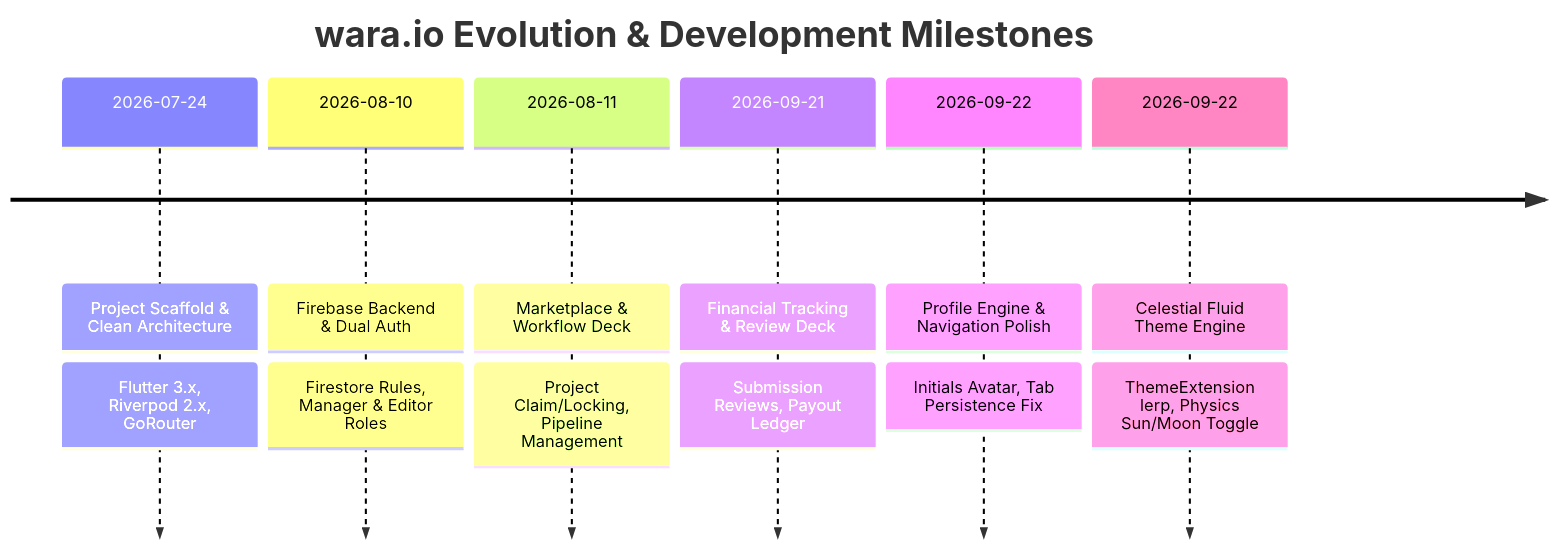
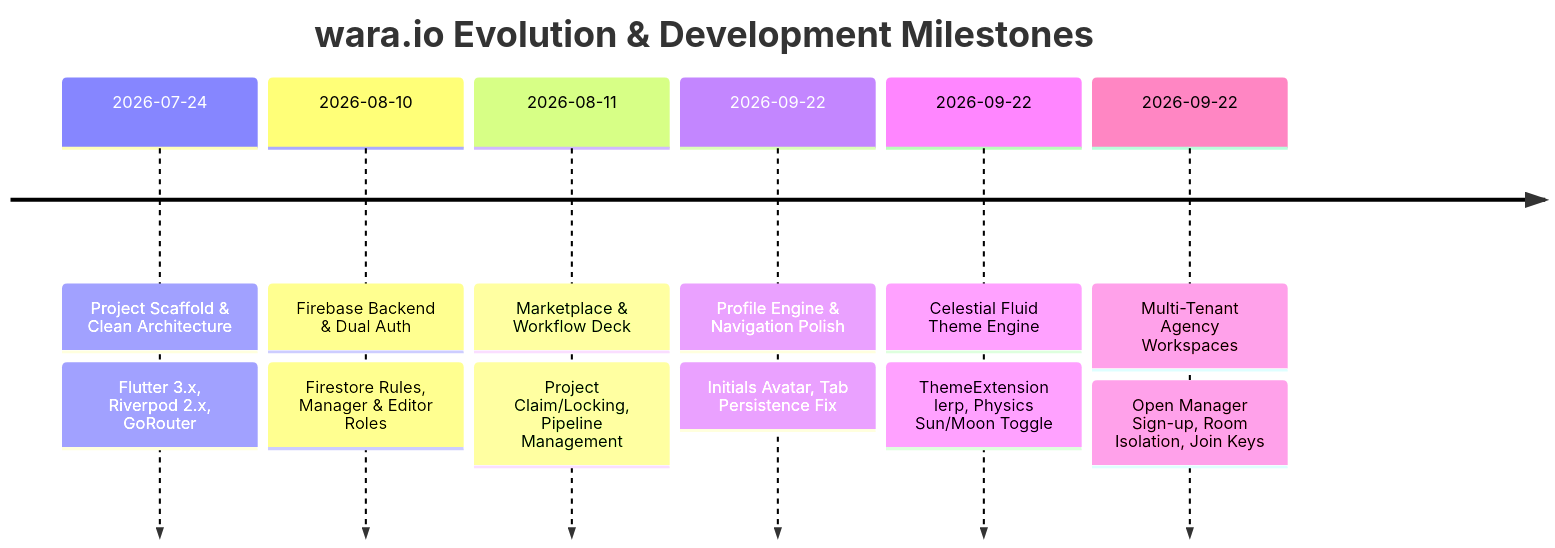
Before and after one commit to IshraqRafi/WARA-Mobile-App: the diagram in PROGRESS.md, drawn with Mermaid. The commit also changed other lines of this file and 8 other files, not shown here.

Commit message:
feat: implement multi-tenant agency workspaces and security join key system

````diff
--- a/PROGRESS.md
+++ b/PROGRESS.md
@@ -9,10 +9,10 @@
 ```mermaid
 timeline
     title wara.io Evolution & Development Milestones
     2026-07-24 : Project Scaffold & Clean Architecture : Flutter 3.x, Riverpod 2.x, GoRouter
     2026-08-10 : Firebase Backend & Dual Auth : Firestore Rules, Manager & Editor Roles
     2026-08-11 : Marketplace & Workflow Deck : Project Claim/Locking, Pipeline Management
-    2026-09-21 : Financial Tracking & Review Deck : Submission Reviews, Payout Ledger
     2026-09-22 : Profile Engine & Navigation Polish : Initials Avatar, Tab Persistence Fix
     2026-09-22 : Celestial Fluid Theme Engine : ThemeExtension lerp, Physics Sun/Moon Toggle
+    2026-09-22 : Multi-Tenant Agency Workspaces : Open Manager Sign-up, Room Isolation, Join Keys
 ```
````
